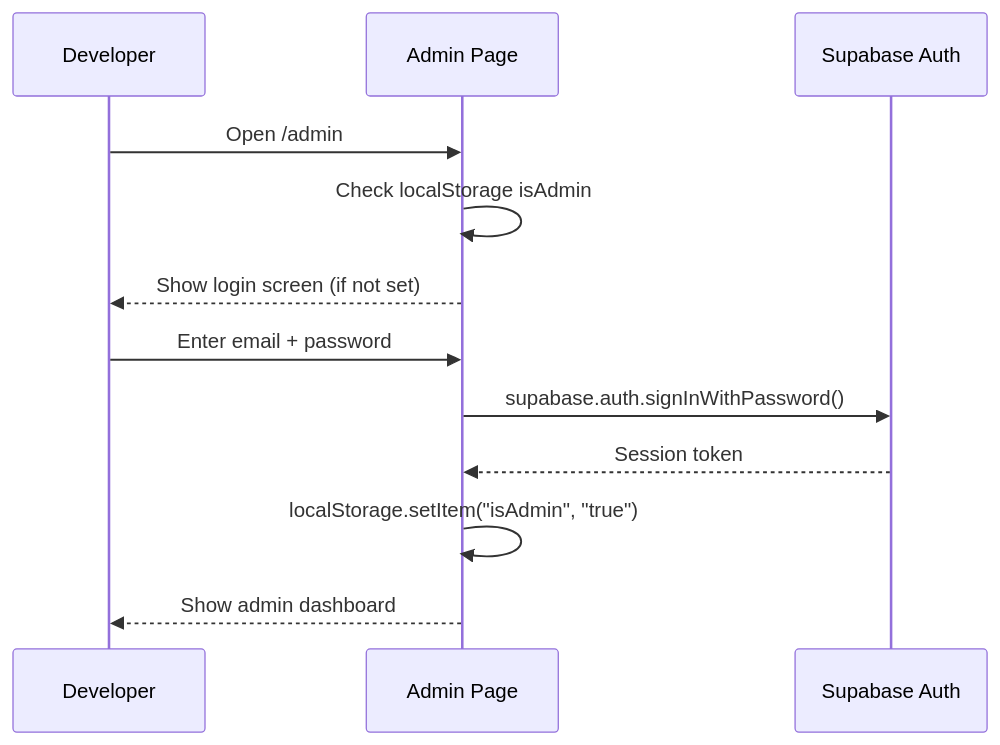
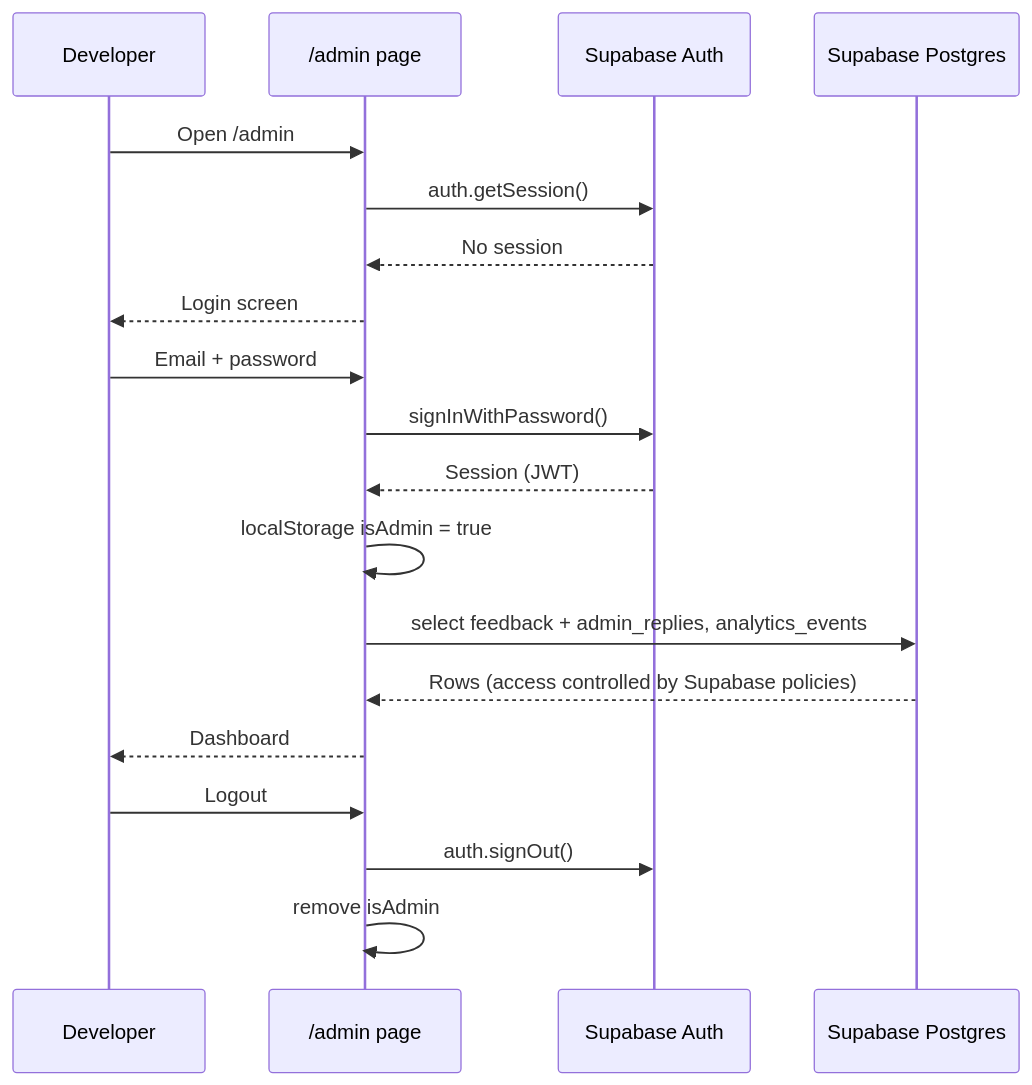
Before and after one commit to snsyaqirah/snsyaqirah.github.io: the seventh of 17 diagrams in portfolio-react/public/docs/redahluhh.md, drawn with Mermaid. The commit also changed other lines of this file and 101 other files, not shown here.

````diff
--- a/portfolio-react/public/docs/redahluhh.md
+++ b/portfolio-react/public/docs/redahluhh.md
@@ -203,16 +234,22 @@
 ```mermaid
 sequenceDiagram
-    participant U as Developer
-    participant FE as Admin Page
-    participant SB as Supabase Auth
+    participant D as Developer
+    participant FE as /admin page
+    participant SA as Supabase Auth
+    participant DB as Supabase Postgres
 
-    U->>FE: Open /admin
-    FE->>FE: Check localStorage isAdmin
-    FE-->>U: Show login screen (if not set)
-
-    U->>FE: Enter email + password
-    FE->>SB: supabase.auth.signInWithPassword()
-    SB-->>FE: Session token
-    FE->>FE: localStorage.setItem("isAdmin", "true")
-    FE-->>U: Show admin dashboard
+    D->>FE: Open /admin
+    FE->>SA: auth.getSession()
+    SA-->>FE: No session
+    FE-->>D: Login screen
+    D->>FE: Email + password
+    FE->>SA: signInWithPassword()
+    SA-->>FE: Session (JWT)
+    FE->>FE: localStorage isAdmin = true
+    FE->>DB: select feedback + admin_replies, analytics_events
+    DB-->>FE: Rows (access controlled by Supabase policies)
+    FE-->>D: Dashboard
+    D->>FE: Logout
+    FE->>SA: auth.signOut()
+    FE->>FE: remove isAdmin
 ```
````
